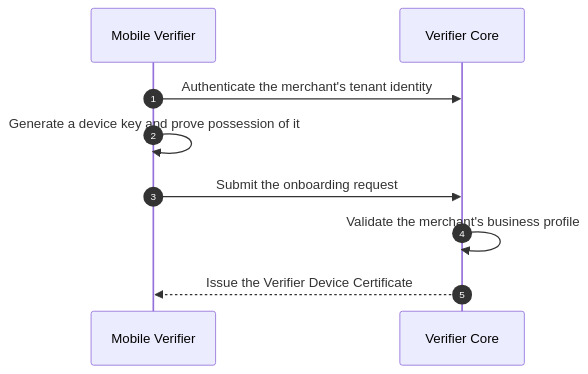
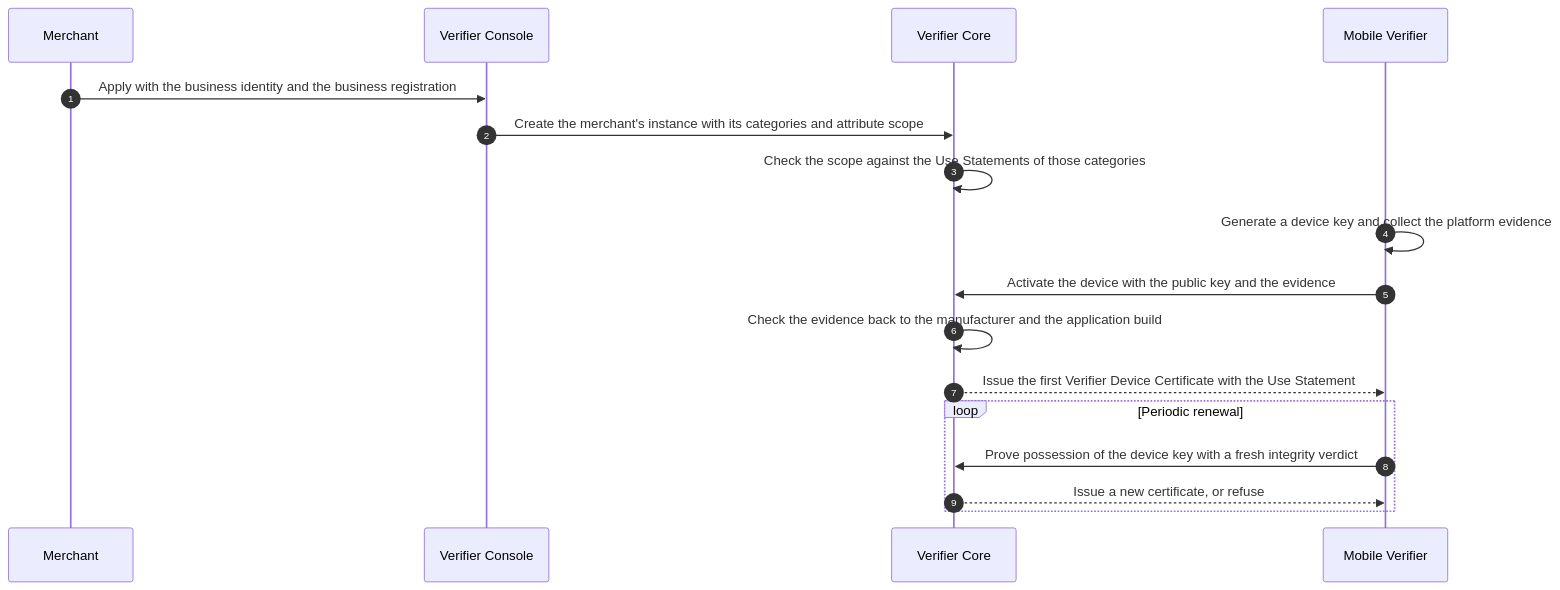
One commit to id-verifiable-credential-dev/id-doc-idctf changed the second of 14 diagrams in docs/architecture-framework/high-level-architecture/flows-per-use-case.md. Above: the diagram before and after it, drawn with Mermaid. The commit also changed other lines of this file and 87 other files, not shown here.

````diff
--- a/docs/architecture-framework/high-level-architecture/flows-per-use-case.md
+++ b/docs/architecture-framework/high-level-architecture/flows-per-use-case.md
@@ -105,11 +113,19 @@
 ```mermaid
 sequenceDiagram
     autonumber
+    participant M as Merchant
+    participant VCon as Verifier Console
+    participant VC as Verifier Core
     participant MV as Mobile Verifier
-    participant VC as Verifier Core
-    MV->>VC: Authenticate the merchant's tenant identity
-    MV->>MV: Generate a device key and prove possession of it
-    MV->>VC: Submit the onboarding request
-    VC->>VC: Validate the merchant's business profile
-    VC-->>MV: Issue the Verifier Device Certificate
+    M->>VCon: Apply with the business identity and the business registration
+    VCon->>VC: Create the merchant's instance with its categories and attribute scope
+    VC->>VC: Check the scope against the Use Statements of those categories
+    MV->>MV: Generate a device key and collect the platform evidence
+    MV->>VC: Activate the device with the public key and the evidence
+    VC->>VC: Check the evidence back to the manufacturer and the application build
+    VC-->>MV: Issue the first Verifier Device Certificate with the Use Statement
+    loop Periodic renewal
+        MV->>VC: Prove possession of the device key with a fresh integrity verdict
+        VC-->>MV: Issue a new certificate, or refuse
+    end
 ```
````
